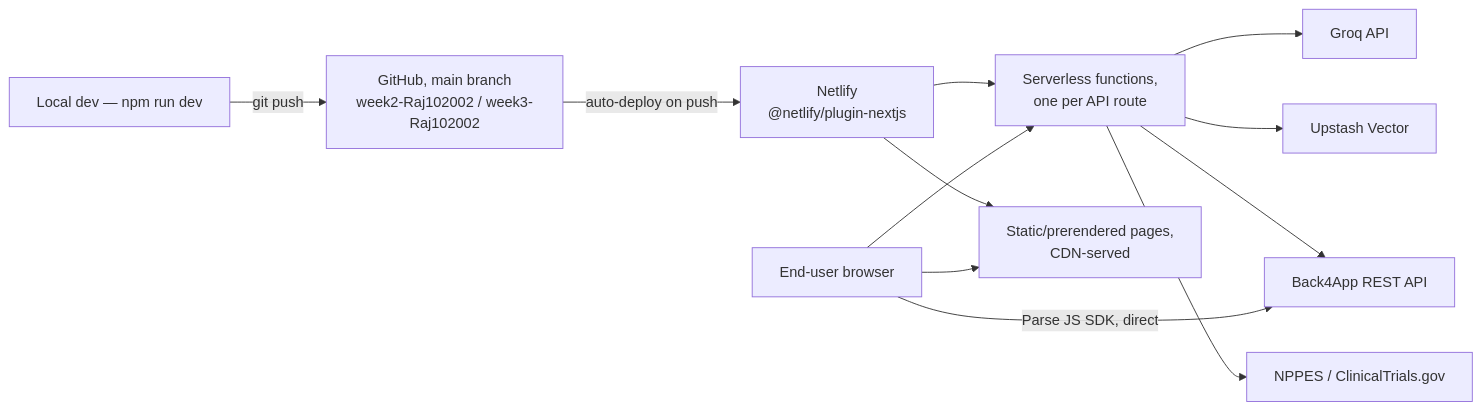
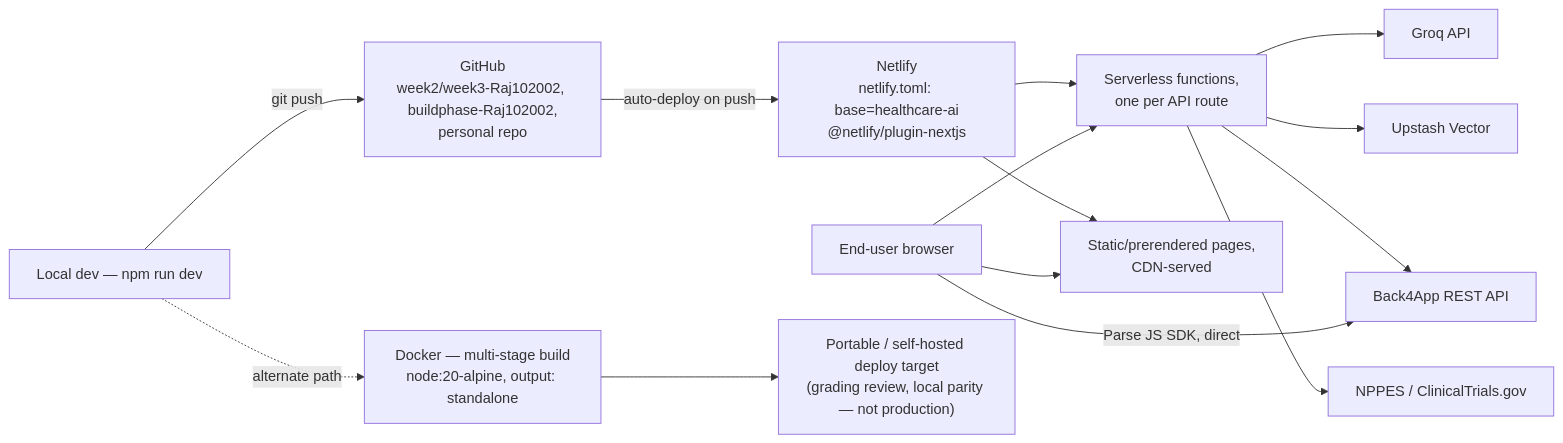
Before and after one commit to Raj102002/AIHealthcare: the sixth of 6 diagrams in design.md, drawn with Mermaid. The commit also changed other lines of this file and 36 other files, not shown here.

````diff
--- a/design.md
+++ b/design.md
@@ -345,14 +390,17 @@
 ```mermaid
 graph LR
-    Dev["Local dev — npm run dev"] -->|git push| GitHub["GitHub, main branch<br/>week2-Raj102002 / week3-Raj102002"]
-    GitHub -->|auto-deploy on push| Netlify["Netlify<br/>@netlify/plugin-nextjs"]
+    Dev["Local dev — npm run dev"] -->|git push| GitHub["GitHub<br/>week2/week3-Raj102002, buildphase-Raj102002,<br/>personal repo"]
+    GitHub -->|auto-deploy on push| Netlify["Netlify<br/>netlify.toml: base=healthcare-ai<br/>@netlify/plugin-nextjs"]
     Netlify --> Functions["Serverless functions,<br/>one per API route"]
     Netlify --> StaticPages["Static/prerendered pages,<br/>CDN-served"]
     Functions --> GroqSvc["Groq API"]
     Functions --> UpstashSvc["Upstash Vector"]
     Functions --> Back4AppSvc["Back4App REST API"]
     Functions --> PublicAPIs["NPPES / ClinicalTrials.gov"]
     EndUser["End-user browser"] --> StaticPages
     EndUser --> Functions
     EndUser -->|Parse JS SDK, direct| Back4AppSvc
+
+    Dev -.alternate path.-> Docker["Docker — multi-stage build<br/>node:20-alpine, output: standalone"]
+    Docker --> Portable["Portable / self-hosted deploy target<br/>(grading review, local parity — not production)"]
 ```
````
